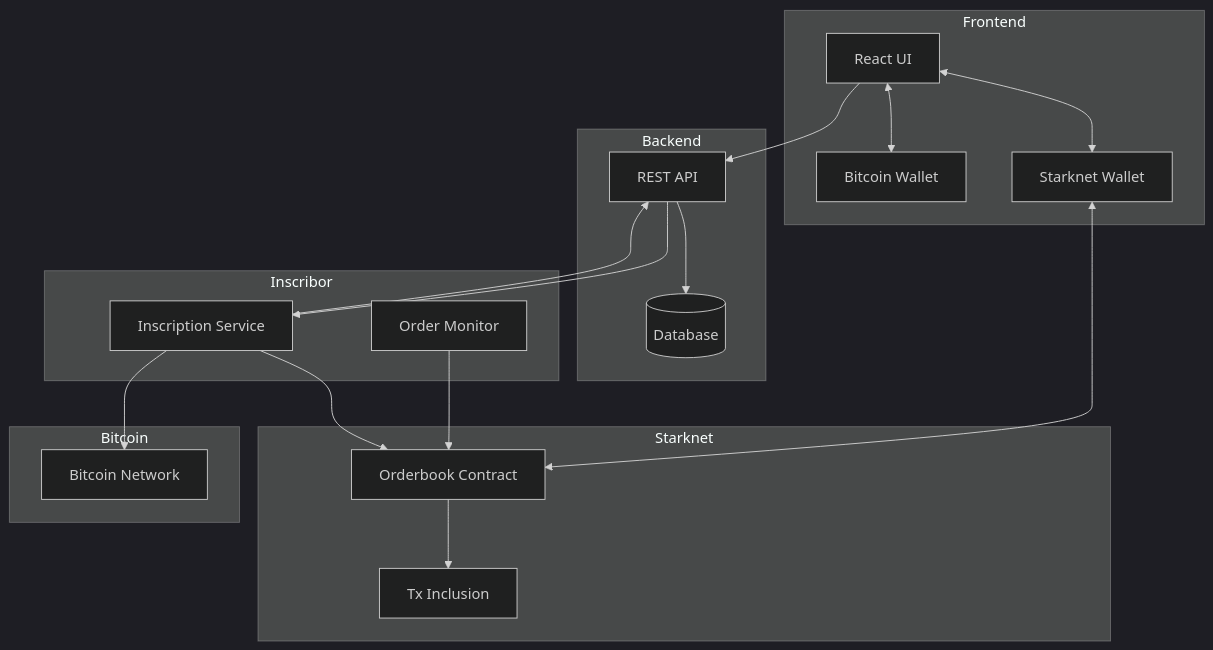
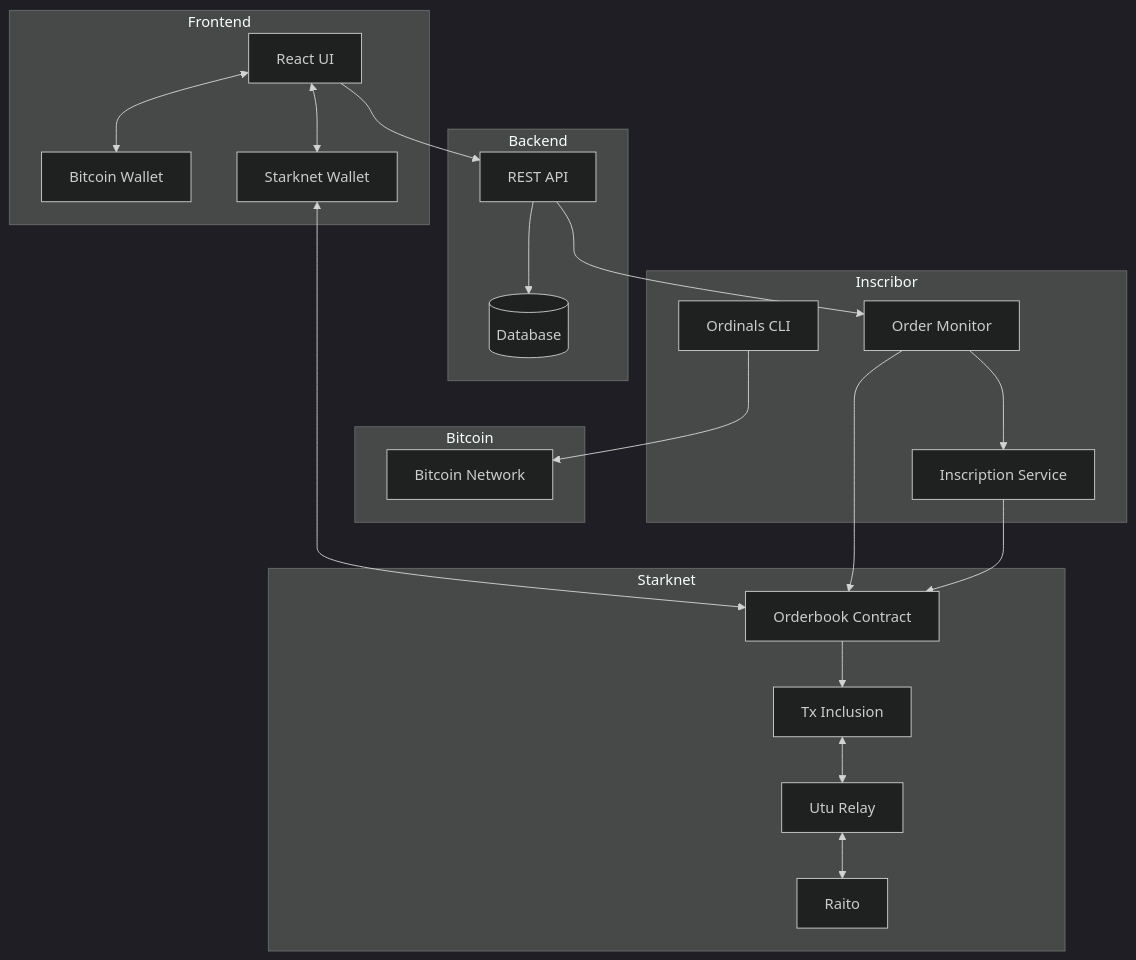
One commit to keep-starknet-strange/broly changed the diagram in README.md. Above: the diagram before and after it, drawn with Mermaid (dark theme).

Commit message:
update architecture

````diff
--- a/README.md
+++ b/README.md
@@ -212,39 +212,44 @@
 ```mermaid
 flowchart TB
     subgraph Frontend
         UI[React UI]
         BW[Bitcoin Wallet]
         SW[Starknet Wallet]
     end
 
     subgraph Backend
         API[REST API]
         DB[(Database)]
     end
 
     subgraph Starknet
         OB[Orderbook Contract]
         TI[Tx Inclusion]
+        UR[Utu Relay]
+        RA[Raito]
     end
 
     subgraph Bitcoin
         BTC[Bitcoin Network]
     end
 
     subgraph Inscribor
         IS[Inscription Service]
         OM[Order Monitor]
+        ORD[Ordinals CLI]
     end
 
     UI --> API
     UI <--> BW
     UI <--> SW
     API --> DB
     SW <--> OB
-    IS --> BTC
+    ORD --> BTC
     OM --> OB
     OB --> TI
-    API --> IS
-    IS --> API
+    TI <--> UR
+    UR <--> RA
+    API --> OM
+    OM --> IS
     IS --> OB
 ```
````
